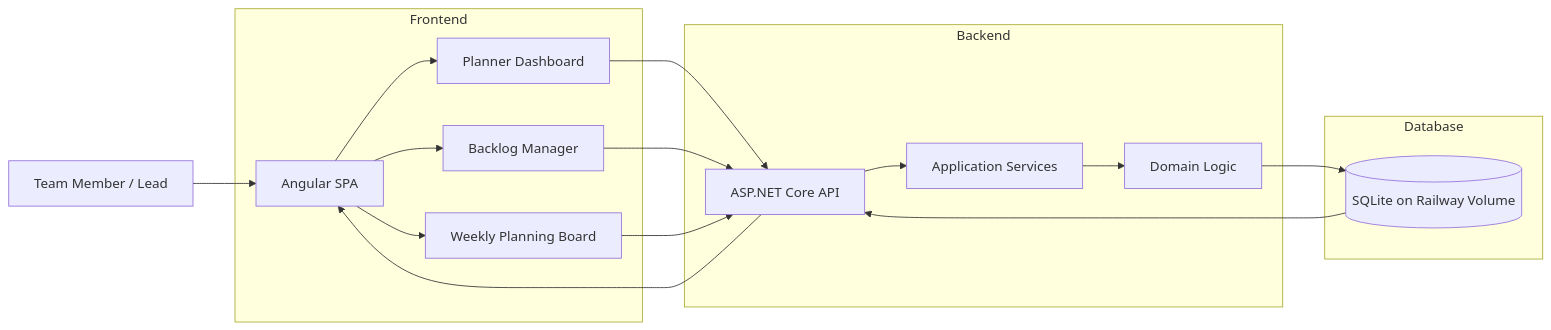
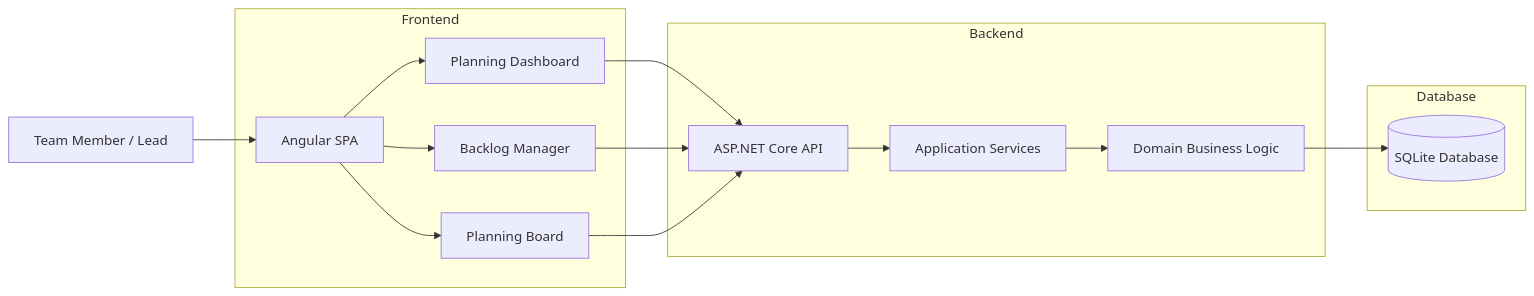
One commit to yashhhYB/weekly-planerz changed the first of 4 diagrams in README.md. Above: the diagram before and after it, drawn with Mermaid. The commit also changed other lines of this file, not shown here.

````diff
--- a/README.md
+++ b/README.md
@@ -124,39 +182,35 @@
 ```mermaid
 flowchart LR
 
 User[Team Member / Lead]
 
 subgraph Frontend
-A[Angular SPA]
-B[Planner Dashboard]
-C[Backlog Manager]
-D[Weekly Planning Board]
+Angular[Angular SPA]
+Dashboard[Planning Dashboard]
+Backlog[Backlog Manager]
+Board[Planning Board]
 end
 
 subgraph Backend
-E[ASP.NET Core API]
-F[Application Services]
-G[Domain Logic]
+API[ASP.NET Core API]
+Application[Application Services]
+Domain[Domain Business Logic]
 end
 
 subgraph Database
-H[(SQLite on Railway Volume)]
+DB[(SQLite Database)]
 end
 
-User --> A
+User --> Angular
+Angular --> Dashboard
+Angular --> Backlog
+Angular --> Board
 
-A --> B
-A --> C
-A --> D
+Dashboard --> API
+Backlog --> API
+Board --> API
 
-B --> E
-C --> E
-D --> E
-
-E --> F
-F --> G
-G --> H
-
-H --> E
-E --> A
+API --> Application
+Application --> Domain
+Domain --> DB
 ```
````
